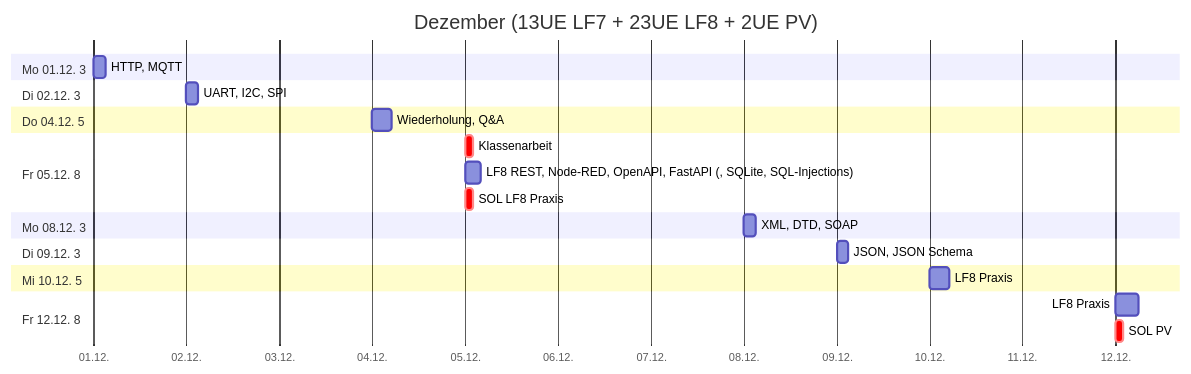
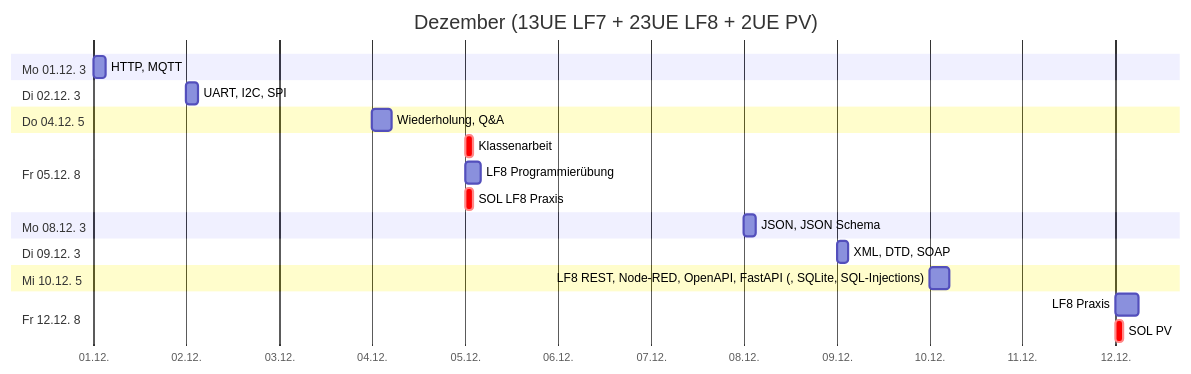
Before and after one commit to johannesloetzsch/LF7: the third of 6 diagrams in src/plan.md, drawn with Mermaid. The commit also changed other lines of this file, not shown here.

Commit message:
Umplanung LF8 (vorher Programmierübung)

````diff
--- a/src/plan.md
+++ b/src/plan.md
@@ -44,25 +44,25 @@
 ```mermaid
 gantt
  title Dezember (13UE LF7 + 23UE LF8 + 2UE PV)
  dateFormat YYYY-MM-DD
  axisFormat %d.%m.
  section Mo 01.12. 3
   HTTP, MQTT                  :2025-12-01, 3h
  section Di 02.12. 3
   UART, I2C, SPI              :2025-12-02, 3h
  section Do 04.12. 5
   Wiederholung, Q&A           :2025-12-04, 5h
  section Fr 05.12. 8
   Klassenarbeit               :crit, 2025-12-05, 2h
-  LF8 REST, Node-RED, OpenAPI, FastAPI (, SQLite, SQL-Injections)      :2025-12-05, 4h
+  LF8 Programmierübung        :2025-12-05, 4h
   SOL LF8 Praxis              :crit, 2025-12-05, 2h
  section Mo 08.12. 3
-  XML, DTD, SOAP              :2025-12-08, 3h
+  JSON, JSON Schema           :2025-12-08, 3h
  section Di 09.12. 3
-  JSON, JSON Schema           :2025-12-09, 3h
+  XML, DTD, SOAP              :2025-12-09, 3h
  section Mi 10.12. 5
-  LF8 Praxis                  :2025-12-10, 5h
+  LF8 REST, Node-RED, OpenAPI, FastAPI (, SQLite, SQL-Injections)  :2025-12-10, 5h
  section Fr 12.12. 8
   LF8 Praxis                  :2025-12-12, 6h
   SOL PV                      :crit, 2025-12-12, 2h
 ```
````
